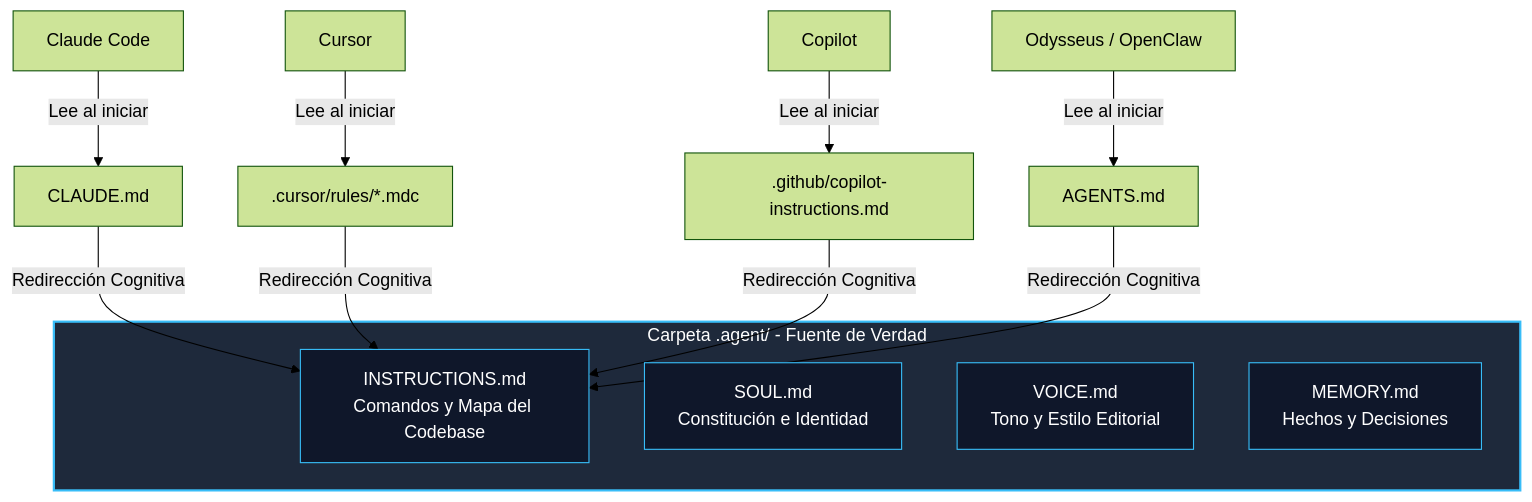
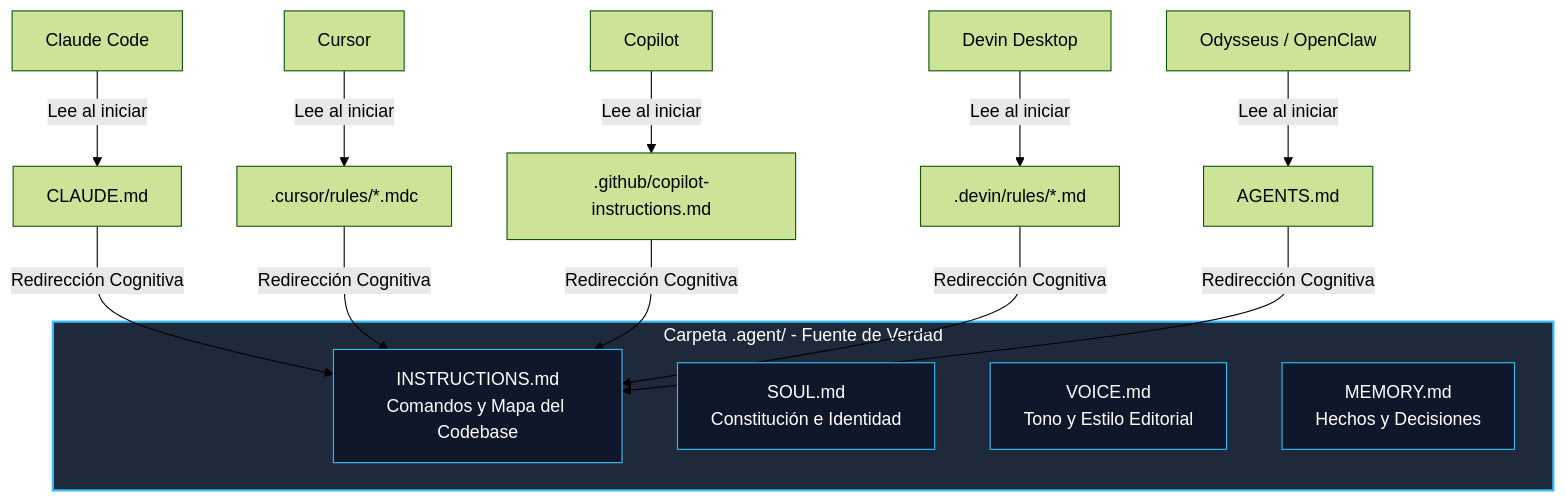
The diagram in docs/06_fundacional/Especificación de agentes cross-CLI.md (Luum-Home/ODLC), drawn with Mermaid (forest theme) before and after one commit. The commit also changed other lines of this file, not shown here.

Commit message:
docs: integrate Devin Desktop rebranding and rules format in cross-cli spec

````diff
--- a/docs/06_fundacional/Especificación de agentes cross-CLI.md
+++ b/docs/06_fundacional/Especificación de agentes cross-CLI.md
@@ -37,28 +40,30 @@
 ```mermaid
 graph TD
     %% Plataformas
     SubC[Claude Code] -->|Lee al iniciar| C_MD[CLAUDE.md]
     SubCur[Cursor] -->|Lee al iniciar| C_Rules[.cursor/rules/*.mdc]
     SubCop[Copilot] -->|Lee al iniciar| Cop_Ins[.github/copilot-instructions.md]
+    SubDevD[Devin Desktop] -->|Lee al iniciar| DevD_Rules[.devin/rules/*.md]
     SubOdy[Odysseus / OpenClaw] -->|Lee al iniciar| Ody_Ins[AGENTS.md]
 
     %% Redirecciones
     C_MD -->|Redirección Cognitiva| CoreInst
     C_Rules -->|Redirección Cognitiva| CoreInst
     Cop_Ins -->|Redirección Cognitiva| CoreInst
+    DevD_Rules -->|Redirección Cognitiva| CoreInst
     Ody_Ins -->|Redirección Cognitiva| CoreInst
 
     %% Fuente de Verdad
     subgraph CoreFolder [Carpeta .agent/ - Fuente de Verdad]
         CoreInst[INSTRUCTIONS.md<br/>Comandos y Mapa del Codebase]
         CoreSoul[SOUL.md<br/>Constitución e Identidad]
         CoreVoice[VOICE.md<br/>Tono y Estilo Editorial]
         CoreMem[MEMORY.md<br/>Hechos y Decisiones]
     end
 
     style CoreFolder fill:#1e293b,stroke:#38bdf8,stroke-width:2px,color:#fff
     style CoreInst fill:#0f172a,stroke:#38bdf8,stroke-width:1px,color:#fff
     style CoreSoul fill:#0f172a,stroke:#38bdf8,stroke-width:1px,color:#fff
     style CoreVoice fill:#0f172a,stroke:#38bdf8,stroke-width:1px,color:#fff
     style CoreMem fill:#0f172a,stroke:#38bdf8,stroke-width:1px,color:#fff
 ```
````
